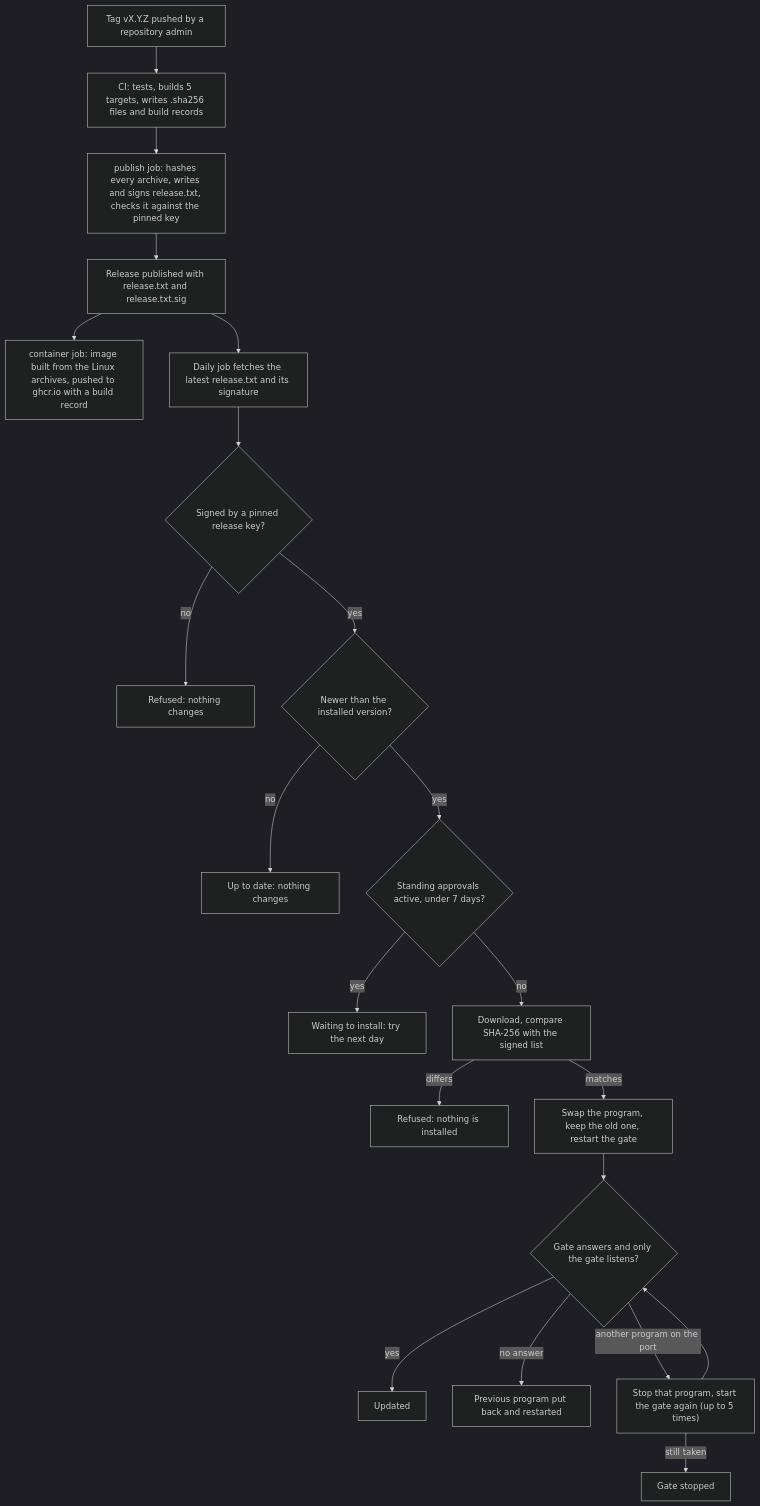
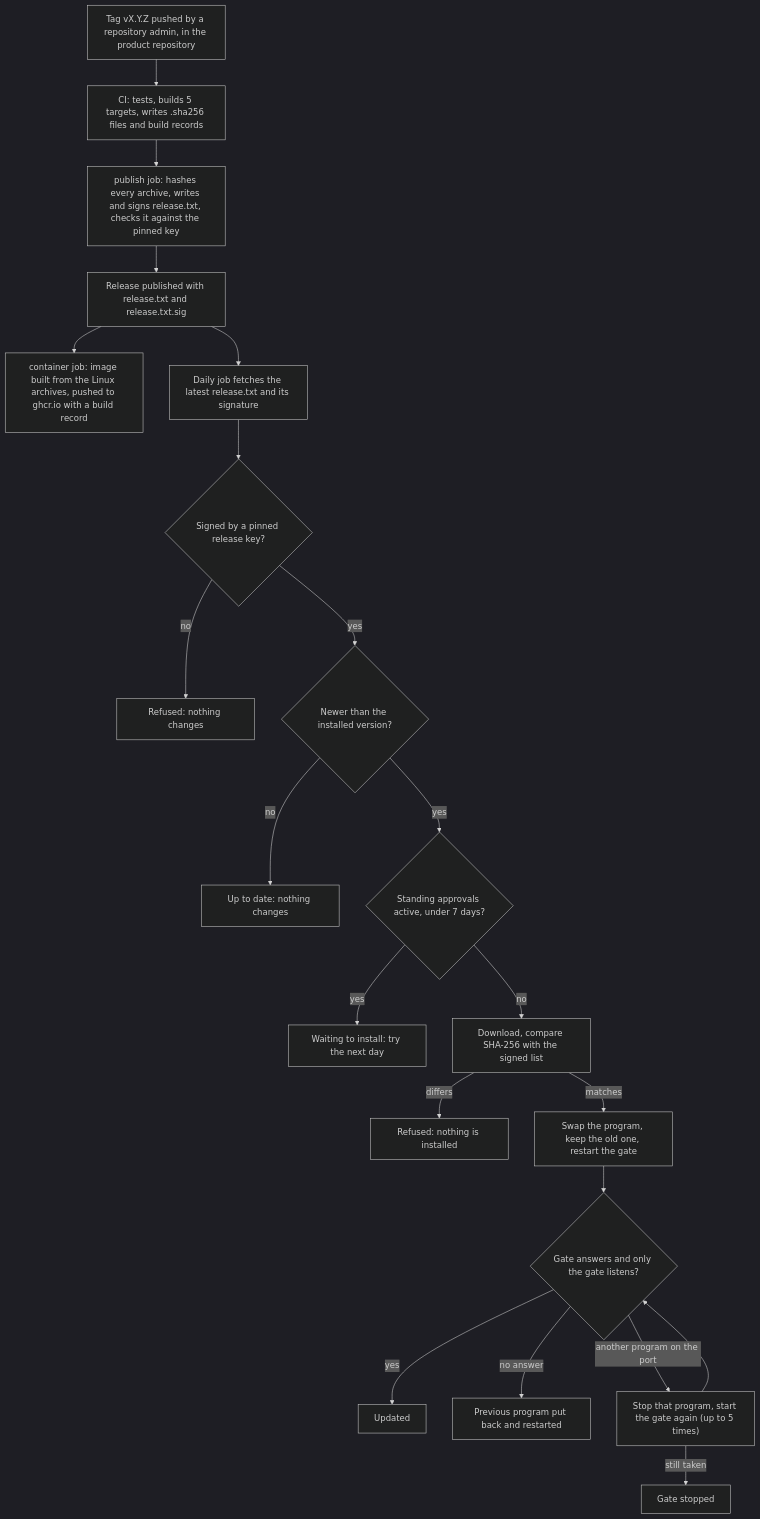
The fifth of 5 diagrams in docs/architecture.md (Phygital-Key/phygital-key), drawn with Mermaid (dark theme) before and after one commit. The commit also changed other lines of this file and 114 other files, not shown here.

````diff
--- a/docs/architecture.md
+++ b/docs/architecture.md
@@ -314,23 +402,23 @@
 ```mermaid
 flowchart TD
-    T["Tag vX.Y.Z pushed by a repository admin"] --> B["CI: tests, builds 5 targets, writes .sha256 files and build records"]
+    T["Tag vX.Y.Z pushed by a repository admin, in the product repository"] --> B["CI: tests, builds 5 targets, writes .sha256 files and build records"]
     B --> S["publish job: hashes every archive, writes and signs release.txt, checks it against the pinned key"]
     S --> P["Release published with release.txt and release.txt.sig"]
     P --> IMG["container job: image built from the Linux archives, pushed to ghcr.io with a build record"]
     P --> F["Daily job fetches the latest release.txt and its signature"]
     F --> K{"Signed by a pinned release key?"}
     K -- no --> R1["Refused: nothing changes"]
     K -- yes --> N{"Newer than the installed version?"}
     N -- no --> U["Up to date: nothing changes"]
     N -- yes --> SA{"Standing approvals active, under 7 days?"}
     SA -- yes --> WT["Waiting to install: try the next day"]
     SA -- no --> H["Download, compare SHA-256 with the signed list"]
     H -- "differs" --> R2["Refused: nothing is installed"]
     H -- "matches" --> W["Swap the program, keep the old one, restart the gate"]
     W --> C{"Gate answers and only the gate listens?"}
     C -- yes --> OK["Updated"]
     C -- "no answer" --> BACK["Previous program put back and restarted"]
     C -- "another program on the port" --> KILL["Stop that program, start the gate again (up to 5 times)"]
     KILL --> C
     KILL -- "still taken" --> STOP["Gate stopped"]
 ```
````
